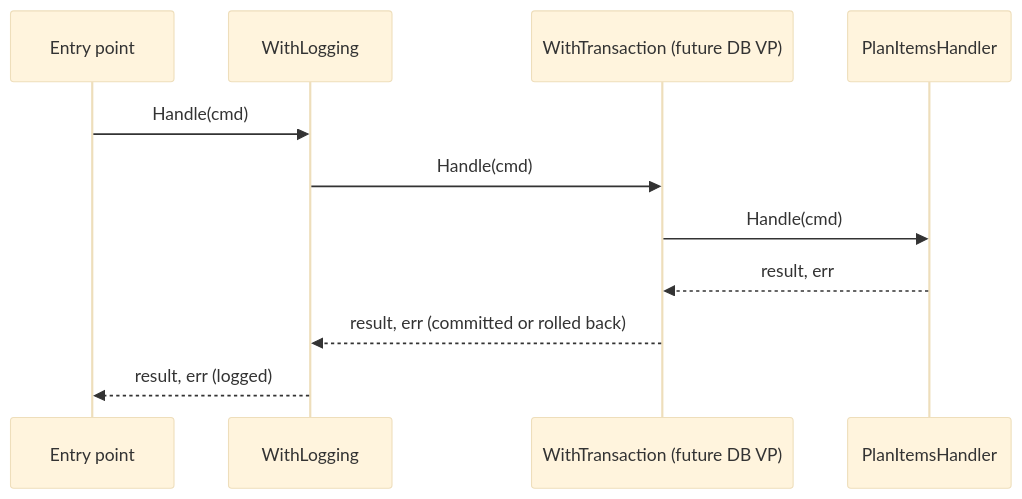
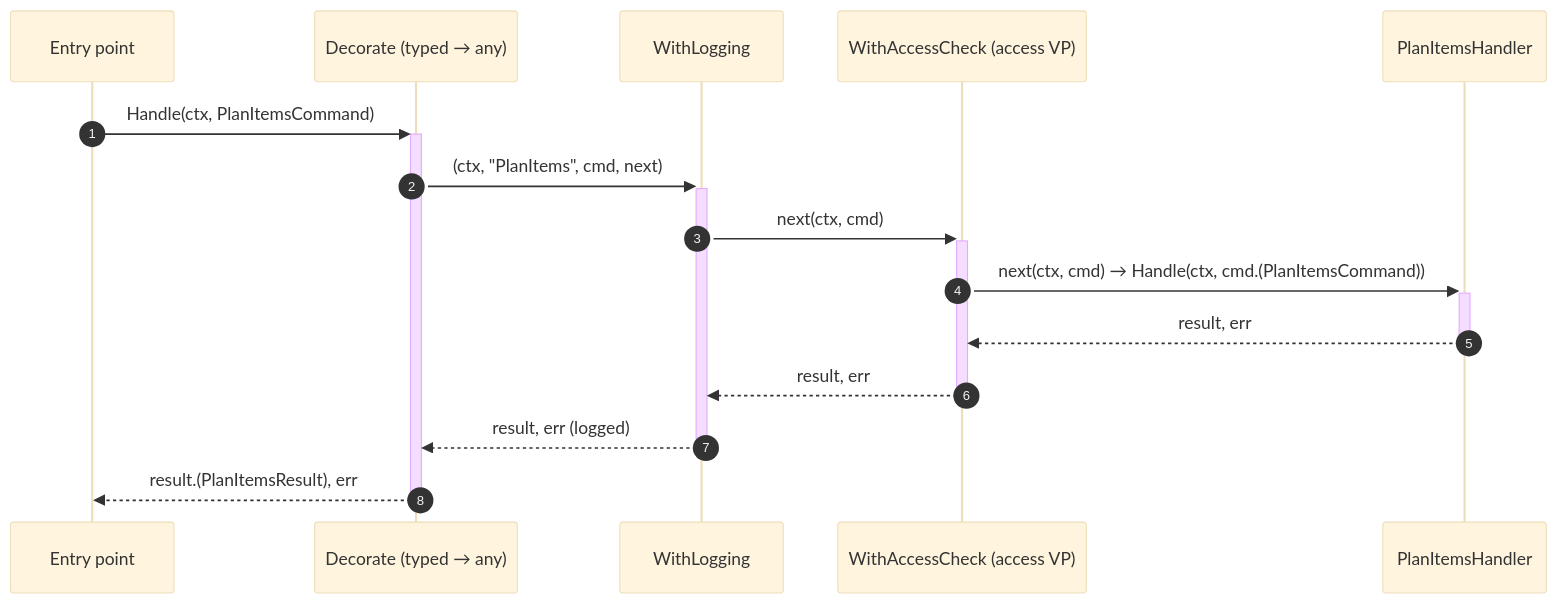
One commit to InsonusK/ai-skills changed the diagram in library/architecture/go/base-plateau-in-go.skill/glossary/handler-decorator.md. Above: the diagram before and after it, drawn with Mermaid (base theme). The commit also changed other lines of this file and 112 other files, not shown here.

````diff
--- a/library/architecture/go/base-plateau-in-go.skill/glossary/handler-decorator.md
+++ b/library/architecture/go/base-plateau-in-go.skill/glossary/handler-decorator.md
@@ -28,13 +32,17 @@
 ```mermaid
 sequenceDiagram
+    autonumber
     participant E as Entry point
+    participant D as Decorate (typed → any)
     participant L as WithLogging
-    participant T as WithTransaction (future DB VP)
+    participant A as WithAccessCheck (access VP)
     participant H as PlanItemsHandler
-    E->>L: Handle(cmd)
-    L->>T: Handle(cmd)
-    T->>H: Handle(cmd)
-    H-->>T: result, err
-    T-->>L: result, err (committed or rolled back)
-    L-->>E: result, err (logged)
+    E->>+D: Handle(ctx, PlanItemsCommand)
+    D->>+L: (ctx, "PlanItems", cmd, next)
+    L->>+A: next(ctx, cmd)
+    A->>+H: next(ctx, cmd) → Handle(ctx, cmd.(PlanItemsCommand))
+    H-->>-A: result, err
+    A-->>-L: result, err
+    L-->>-D: result, err (logged)
+    D-->>-E: result.(PlanItemsResult), err
 ```
````
